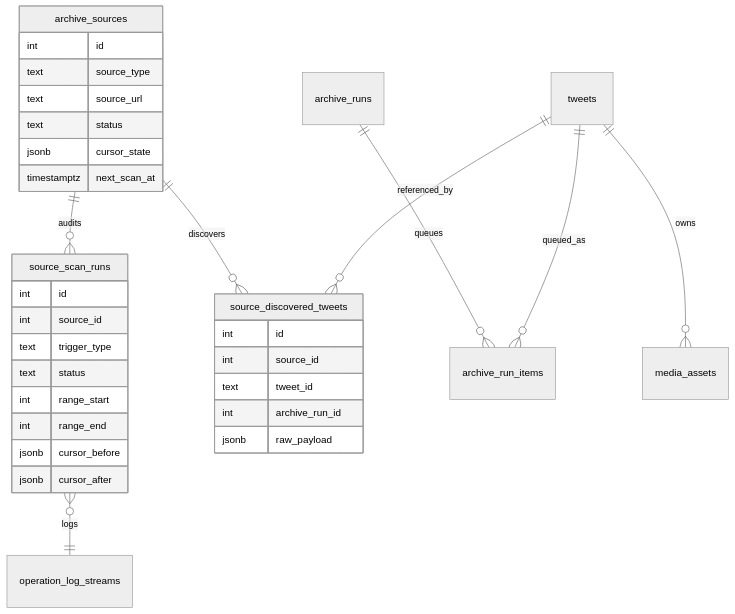
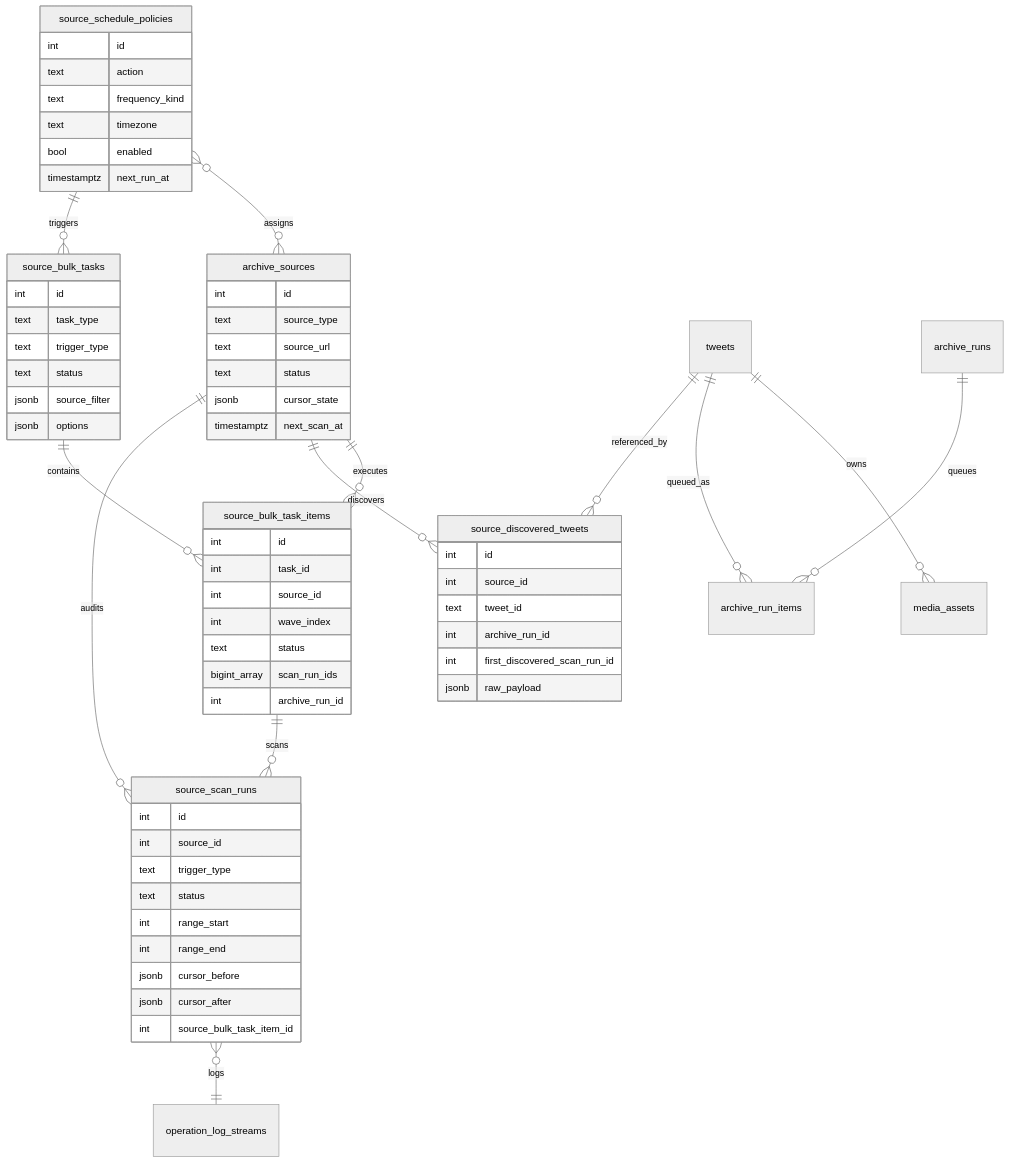
One commit to namehu/x-media-archiver changed the second of 6 diagrams in docs/architecture/source-scanning-workflow.md. Above: the diagram before and after it, drawn with Mermaid (neutral theme). The commit also changed other lines of this file and 36 other files, not shown here.

````diff
--- a/docs/architecture/source-scanning-workflow.md
+++ b/docs/architecture/source-scanning-workflow.md
@@ -85,38 +88,73 @@
 ```mermaid
 erDiagram
     archive_sources ||--o{ source_scan_runs : audits
     archive_sources ||--o{ source_discovered_tweets : discovers
+    archive_sources ||--o{ source_bulk_task_items : executes
+    source_bulk_tasks ||--o{ source_bulk_task_items : contains
+    source_bulk_task_items ||--o{ source_scan_runs : scans
+    source_schedule_policies ||--o{ source_bulk_tasks : triggers
+    source_schedule_policies }o--o{ archive_sources : assigns
     tweets ||--o{ source_discovered_tweets : referenced_by
     source_scan_runs }o--|| operation_log_streams : logs
     archive_runs ||--o{ archive_run_items : queues
     tweets ||--o{ archive_run_items : queued_as
     tweets ||--o{ media_assets : owns
 
     archive_sources {
         int id
         text source_type
         text source_url
         text status
         jsonb cursor_state
         timestamptz next_scan_at
     }
 
     source_scan_runs {
         int id
         int source_id
         text trigger_type
         text status
         int range_start
         int range_end
         jsonb cursor_before
         jsonb cursor_after
+        int source_bulk_task_item_id
     }
 
     source_discovered_tweets {
         int id
         int source_id
         text tweet_id
         int archive_run_id
+        int first_discovered_scan_run_id
         jsonb raw_payload
     }
+
+    source_bulk_tasks {
+        int id
+        text task_type
+        text trigger_type
+        text status
+        jsonb source_filter
+        jsonb options
+    }
+
+    source_bulk_task_items {
+        int id
+        int task_id
+        int source_id
+        int wave_index
+        text status
+        bigint_array scan_run_ids
+        int archive_run_id
+    }
+
+    source_schedule_policies {
+        int id
+        text action
+        text frequency_kind
+        text timezone
+        bool enabled
+        timestamptz next_run_at
+    }
 ```
````
